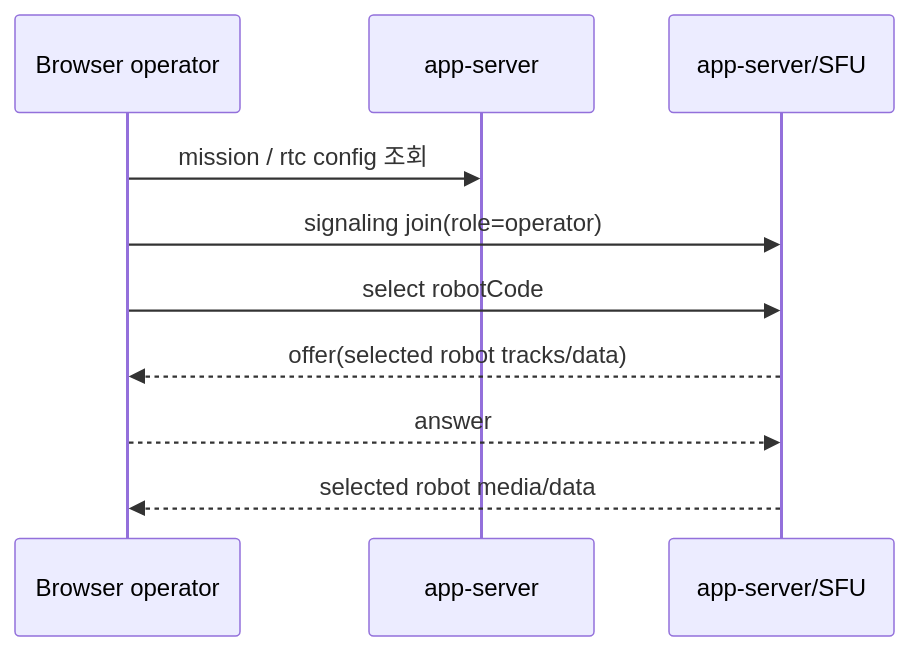
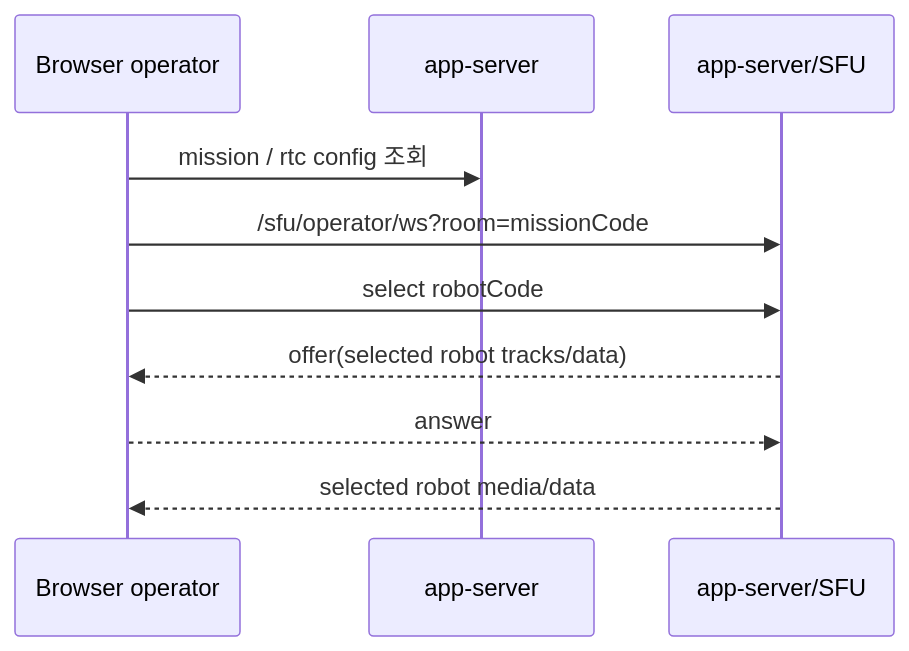
Before and after one commit to dhkimxx/robot-center: the third of 5 diagrams in docs/stable/architecture.md, drawn with Mermaid. The commit also changed other lines of this file and 39 other files, not shown here.

````diff
--- a/docs/stable/architecture.md
+++ b/docs/stable/architecture.md
@@ -511,13 +515,13 @@
 ```mermaid
 sequenceDiagram
   participant Browser as Browser operator
   participant App as app-server
   participant SFU as app-server/SFU
 
   Browser->>App: mission / rtc config 조회
-  Browser->>SFU: signaling join(role=operator)
+  Browser->>SFU: /sfu/operator/ws?room=missionCode
   Browser->>SFU: select robotCode
   SFU-->>Browser: offer(selected robot tracks/data)
   Browser-->>SFU: answer
   SFU-->>Browser: selected robot media/data
 ```
````
